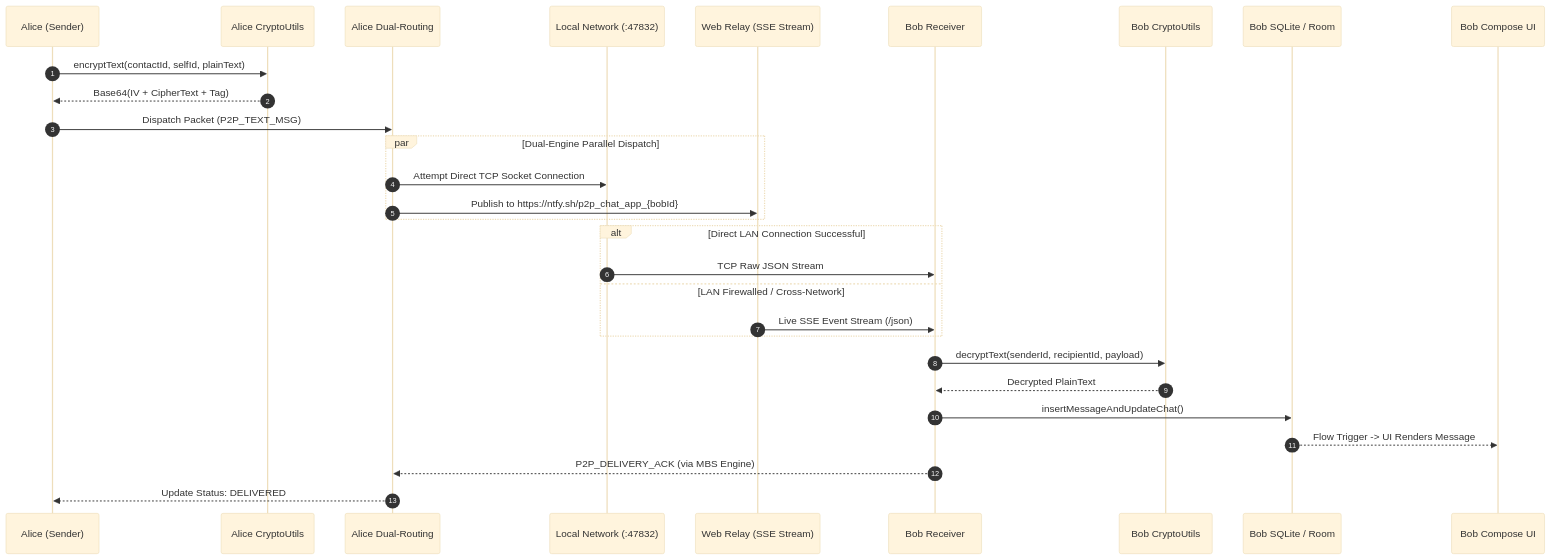
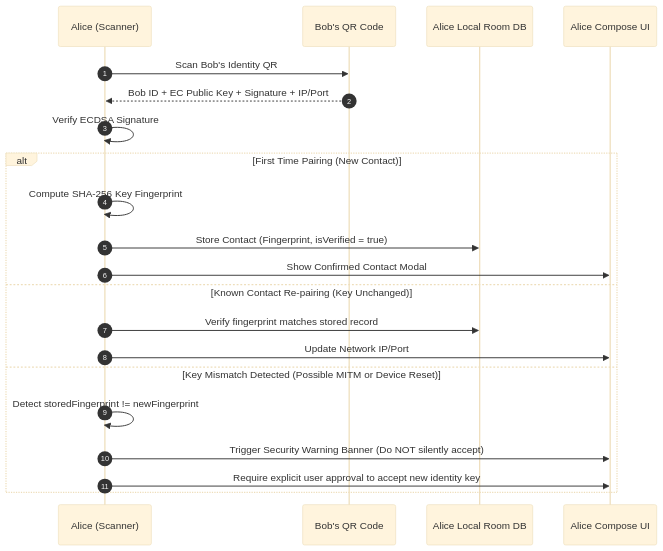
Before and after one commit to zishan049/Chat: the second of 3 diagrams in DESIGN.md, drawn with Mermaid (base theme). The commit also changed other lines of this file and 152 other files, not shown here.

````diff
--- a/DESIGN.md
+++ b/DESIGN.md
@@ -75,35 +88,25 @@
 ```mermaid
 sequenceDiagram
     autonumber
-    participant AliceApp as Alice (Sender)
-    participant AliceCrypto as Alice CryptoUtils
-    participant AliceNet as Alice Dual-Routing
-    participant LAN as Local Network (:47832)
-    participant Relay as Web Relay (SSE Stream)
-    participant BobNet as Bob Receiver
-    participant BobCrypto as Bob CryptoUtils
-    participant BobDB as Bob SQLite / Room
-    participant BobUI as Bob Compose UI
+    participant Alice as Alice (Scanner)
+    participant QR as Bob's QR Code
+    participant DB as Alice Local Room DB
+    participant UI as Alice Compose UI
 
-    AliceApp->>AliceCrypto: encryptText(contactId, selfId, plainText)
-    AliceCrypto-->>AliceApp: Base64(IV + CipherText + Tag)
-    AliceApp->>AliceNet: Dispatch Packet (P2P_TEXT_MSG)
+    Alice->>QR: Scan Bob's Identity QR
+    QR-->>Alice: Bob ID + EC Public Key + Signature + IP/Port
+    Alice->>Alice: Verify ECDSA Signature
     
-    par Dual-Engine Parallel Dispatch
-        AliceNet->>LAN: Attempt Direct TCP Socket Connection
-        AliceNet->>Relay: Publish to https://ntfy.sh/p2p_chat_app_{bobId}
+    alt First Time Pairing (New Contact)
+        Alice->>Alice: Compute SHA-256 Key Fingerprint
+        Alice->>DB: Store Contact (Fingerprint, isVerified = true)
+        Alice->>UI: Show Confirmed Contact Modal
+    else Known Contact Re-pairing (Key Unchanged)
+        Alice->>DB: Verify fingerprint matches stored record
+        Alice->>UI: Update Network IP/Port
+    else Key Mismatch Detected (Possible MITM or Device Reset)
+        Alice->>Alice: Detect storedFingerprint != newFingerprint
+        Alice->>UI: Trigger Security Warning Banner (Do NOT silently accept)
+        Alice->>UI: Require explicit user approval to accept new identity key
     end
-
-    alt Direct LAN Connection Successful
-        LAN->>BobNet: TCP Raw JSON Stream
-    else LAN Firewalled / Cross-Network
-        Relay->>BobNet: Live SSE Event Stream (/json)
-    end
-
-    BobNet->>BobCrypto: decryptText(senderId, recipientId, payload)
-    BobCrypto-->>BobNet: Decrypted PlainText
-    BobNet->>BobDB: insertMessageAndUpdateChat()
-    BobDB-->>BobUI: Flow Trigger -> UI Renders Message
-    BobNet-->>AliceNet: P2P_DELIVERY_ACK (via MBS Engine)
-    AliceNet-->>AliceApp: Update Status: DELIVERED
 ```
````
